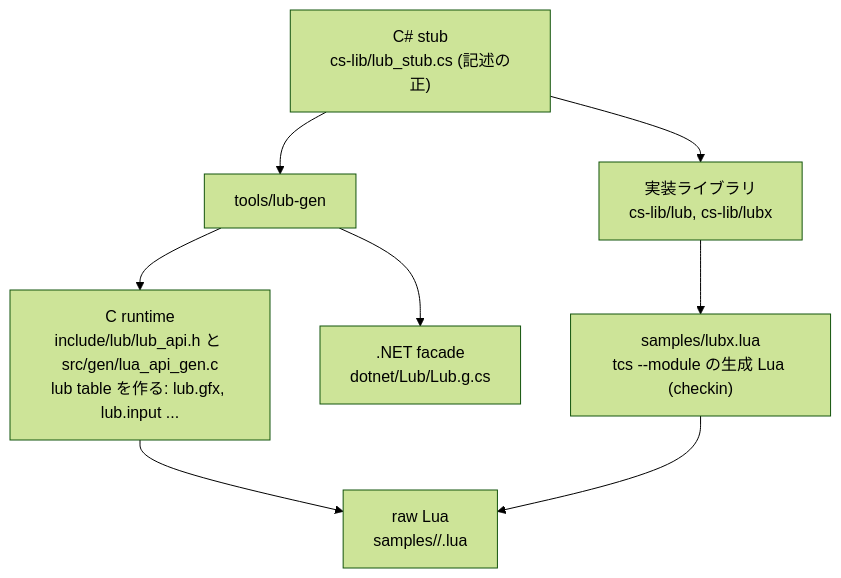
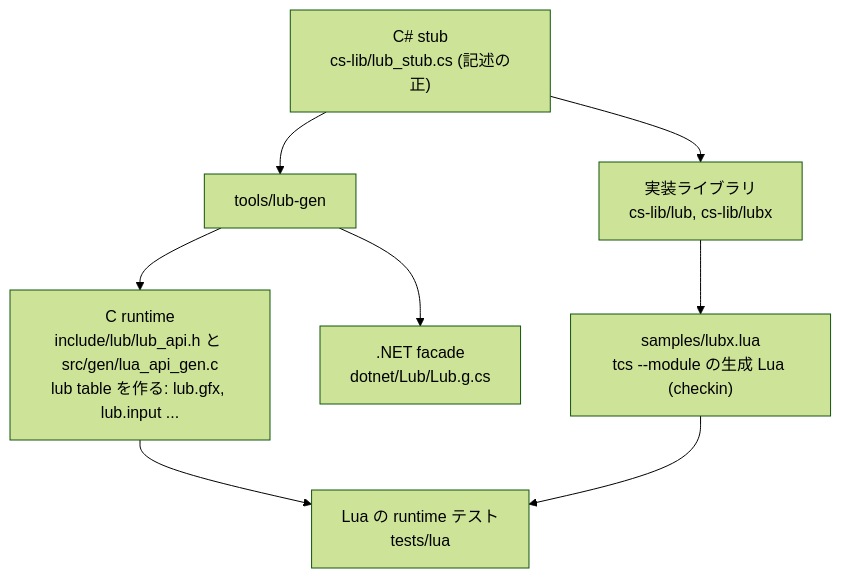
The diagram in docs/api-glue.md (neguse/lub), drawn with Mermaid (forest theme) before and after one commit. The commit also changed other lines of this file and 15 other files, not shown here.

First line of the commit message:
利用者向けの raw Lua の面を消す

````diff
--- a/docs/api-glue.md
+++ b/docs/api-glue.md
@@ -9,10 +9,10 @@
 ```mermaid
 graph TD
     S["C# stub<br/>cs-lib/lub_stub.cs (記述の正)"] --> G["tools/lub-gen"]
     G --> C["C runtime<br/>include/lub/lub_api.h と src/gen/lua_api_gen.c<br/>lub table を作る: lub.gfx, lub.input ..."]
     G --> F[".NET facade<br/>dotnet/Lub/Lub.g.cs"]
     S --> CS["実装ライブラリ<br/>cs-lib/lub, cs-lib/lubx"]
     CS --> LX["samples/lubx.lua<br/>tcs --module の生成 Lua (checkin)"]
-    C --> L["raw Lua<br/>samples/<name>/<name>.lua"]
+    C --> L["Lua の runtime テスト<br/>tests/lua"]
     LX --> L
 ```
````
